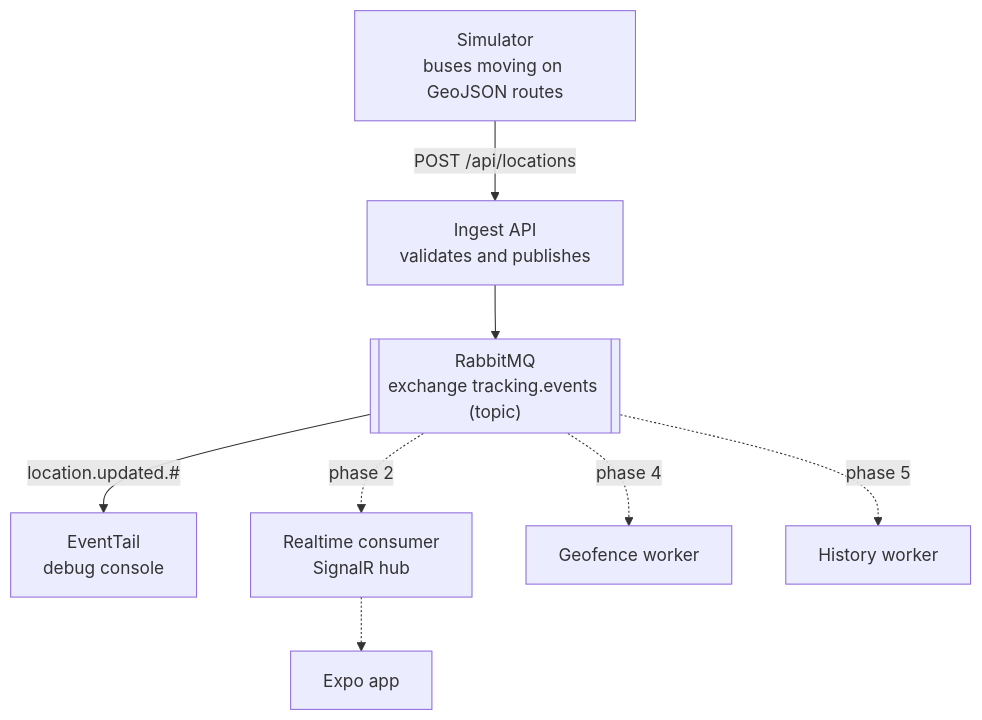
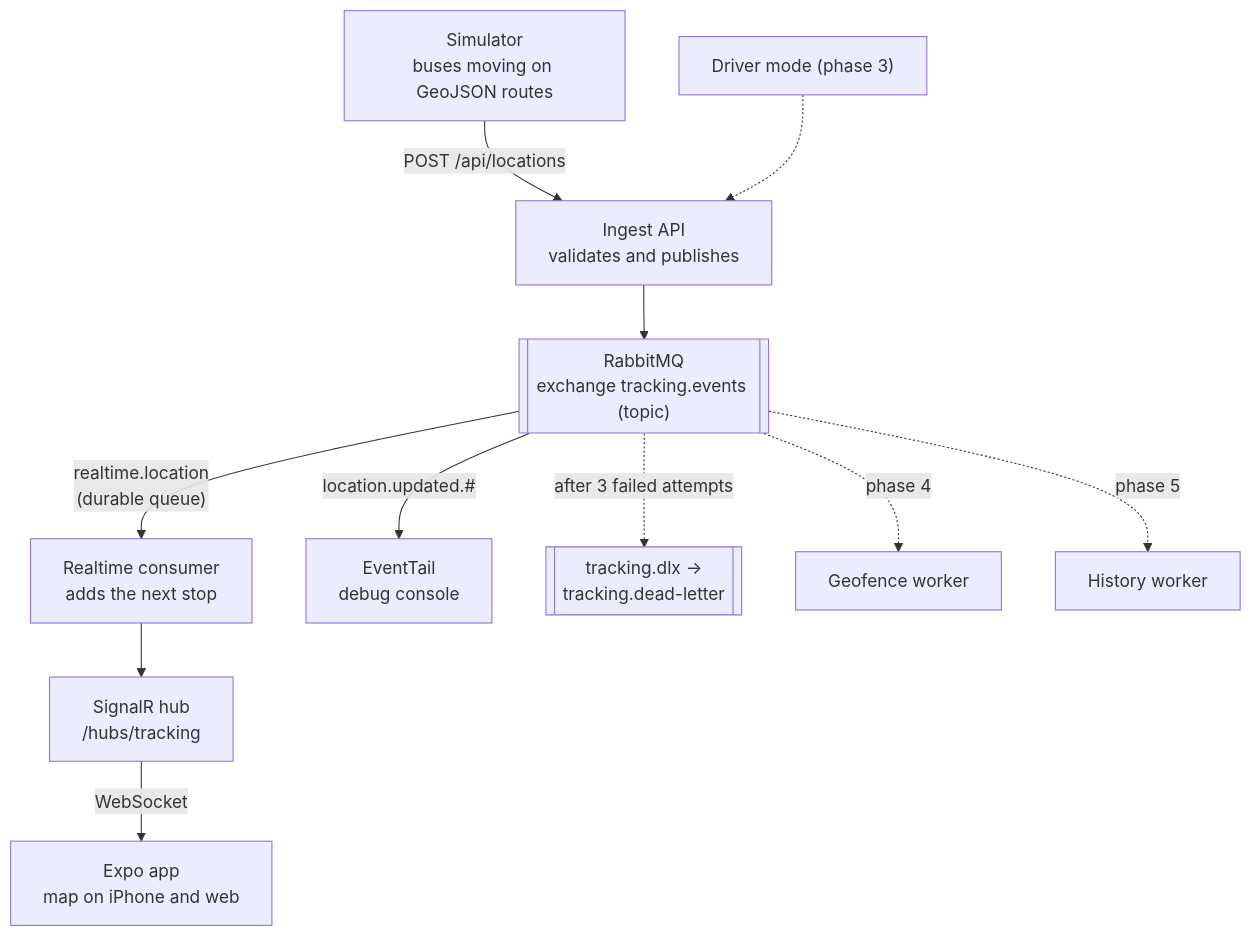
Before and after one commit to juancitowillyr46/realtime-bus-tracking: the diagram in README.md, drawn with Mermaid. The commit also changed other lines of this file, not shown here.

First line of the commit message:
docs: update readme for phase 2

````diff
--- a/README.md
+++ b/README.md
@@ -9,12 +9,15 @@
 ```mermaid
 flowchart TD
     SIM["Simulator<br/>buses moving on GeoJSON routes"] -->|POST /api/locations| API
     API["Ingest API<br/>validates and publishes"] --> MQ
     MQ[["RabbitMQ<br/>exchange tracking.events (topic)"]]
+    MQ -->|"realtime.location<br/>(durable queue)"| RT["Realtime consumer<br/>adds the next stop"]
+    RT --> HUB["SignalR hub<br/>/hubs/tracking"]
+    HUB -->|WebSocket| APP["Expo app<br/>map on iPhone and web"]
     MQ -->|"location.updated.#"| TAIL["EventTail<br/>debug console"]
+    MQ -.->|"after 3 failed attempts"| DLQ[["tracking.dlx →<br/>tracking.dead-letter"]]
 
-    MQ -.->|phase 2| RT["Realtime consumer<br/>SignalR hub"]
+    DRV["Driver mode (phase 3)"] -.-> API
     MQ -.->|phase 4| GEO["Geofence worker"]
     MQ -.->|phase 5| HIS["History worker"]
-    RT -.-> APP["Expo app"]
 ```
````
